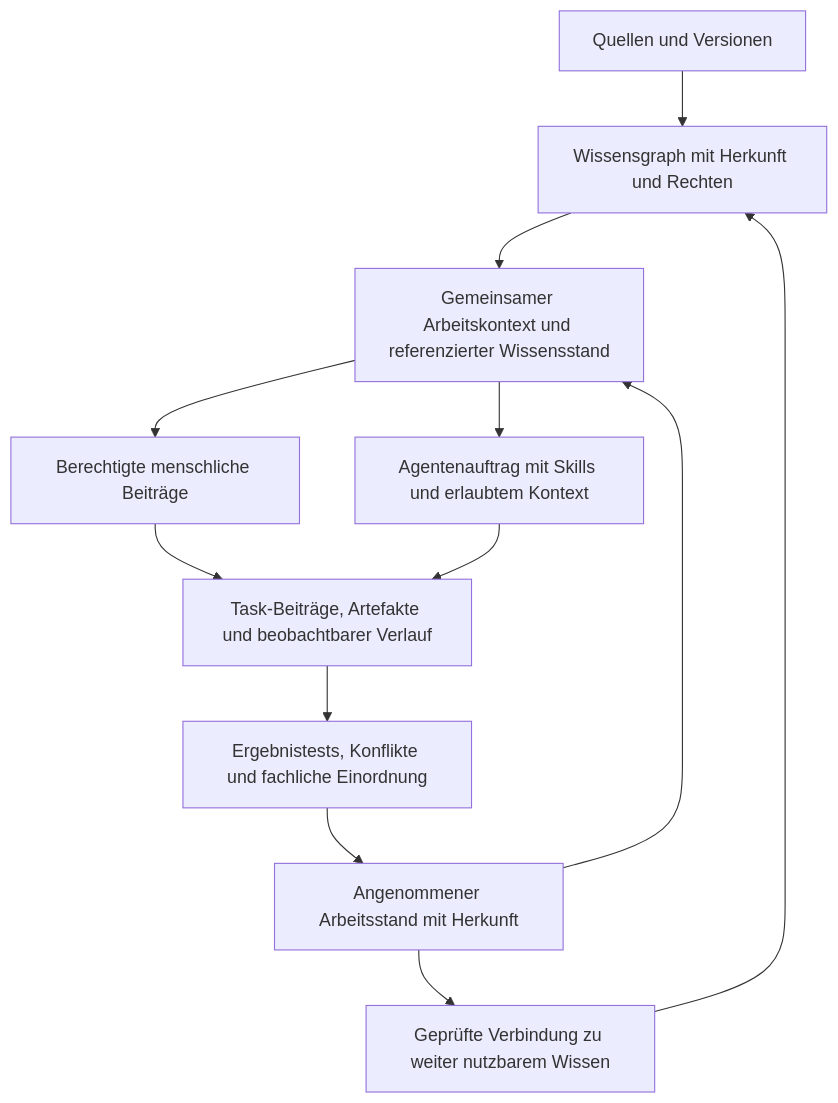
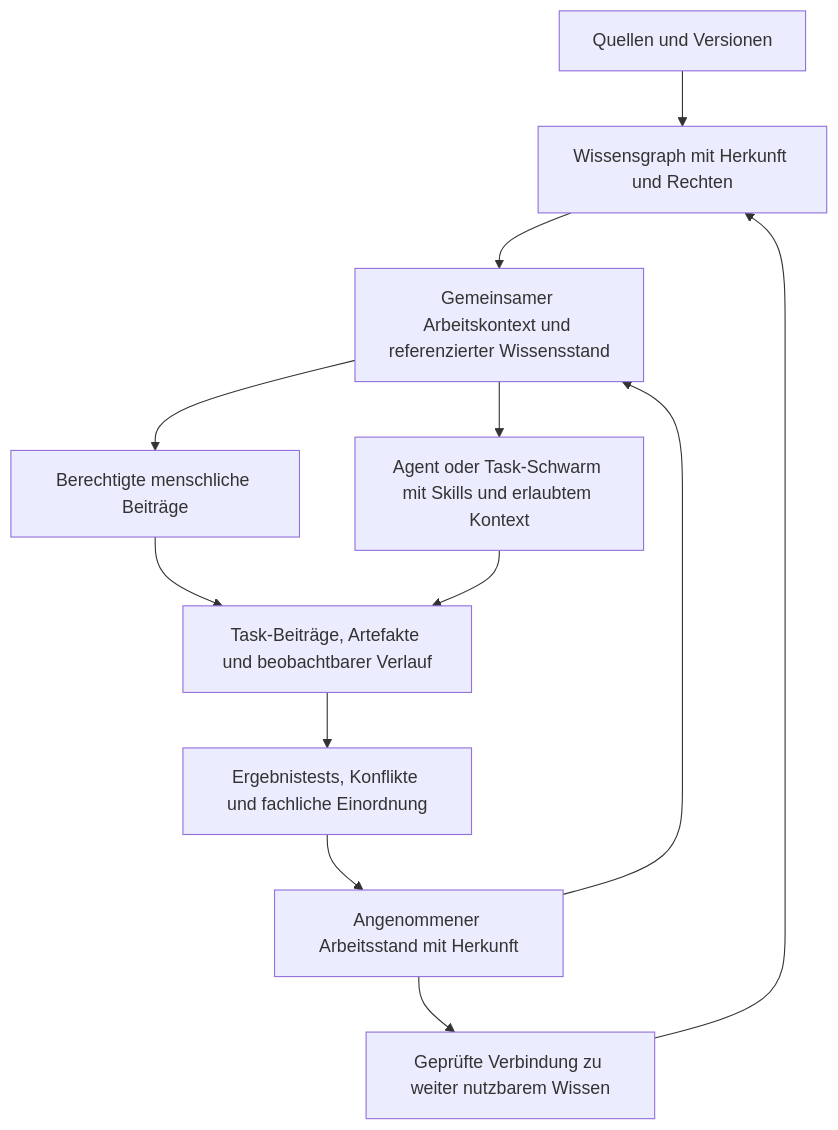
One commit to H-W-Digital-Solutions-UG/consultry changed the diagram in product-definition/BACKEND-START.md. Above: the diagram before and after it, drawn with Mermaid. The commit also changed other lines of this file and 5 other files, not shown here.

````diff
--- a/product-definition/BACKEND-START.md
+++ b/product-definition/BACKEND-START.md
@@ -13,14 +13,14 @@
 ```mermaid
 flowchart TD
     Q["Quellen und Versionen"] --> G["Wissensgraph mit Herkunft und Rechten"]
     G --> C["Gemeinsamer Arbeitskontext und referenzierter Wissensstand"]
     C --> H["Berechtigte menschliche Beiträge"]
-    C --> A["Agentenauftrag mit Skills und erlaubtem Kontext"]
+    C --> A["Agent oder Task-Schwarm mit Skills und erlaubtem Kontext"]
     H --> T["Task-Beiträge, Artefakte und beobachtbarer Verlauf"]
     A --> T
     T --> V["Ergebnistests, Konflikte und fachliche Einordnung"]
     V --> L["Angenommener Arbeitsstand mit Herkunft"]
     L --> C
     L --> R["Geprüfte Verbindung zu weiter nutzbarem Wissen"]
     R --> G
 ```
````
